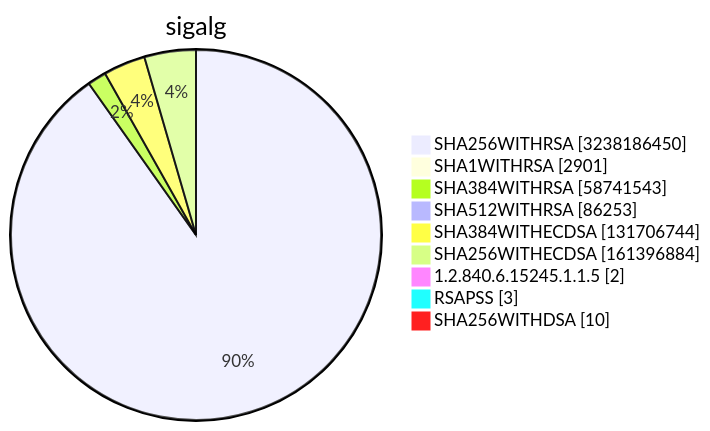
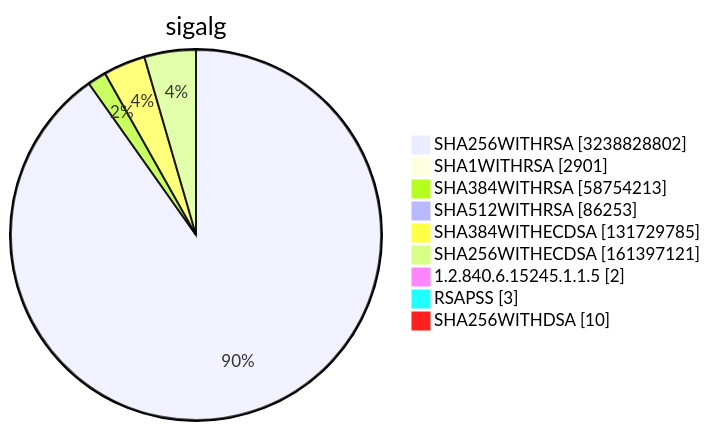
One commit to christiankrug/ctmonitor_visualization changed diagram 15 of 15 in TOTAL/README.md. Above: the diagram before and after it, drawn with Mermaid. The commit also changed other lines of this file, not shown here.

````diff
--- a/TOTAL/README.md
+++ b/TOTAL/README.md
@@ -6217,13 +6217,13 @@
 ```mermaid
 pie showData
 title sigalg
-"SHA256WITHRSA" :3238186450
+"SHA256WITHRSA" :3238828802
 "SHA1WITHRSA" :2901
-"SHA384WITHRSA" :58741543
+"SHA384WITHRSA" :58754213
 "SHA512WITHRSA" :86253
-"SHA384WITHECDSA" :131706744
-"SHA256WITHECDSA" :161396884
+"SHA384WITHECDSA" :131729785
+"SHA256WITHECDSA" :161397121
 "1.2.840.6.15245.1.1.5" :2
 "RSAPSS" :3
 "SHA256WITHDSA" :10
 ```
````
